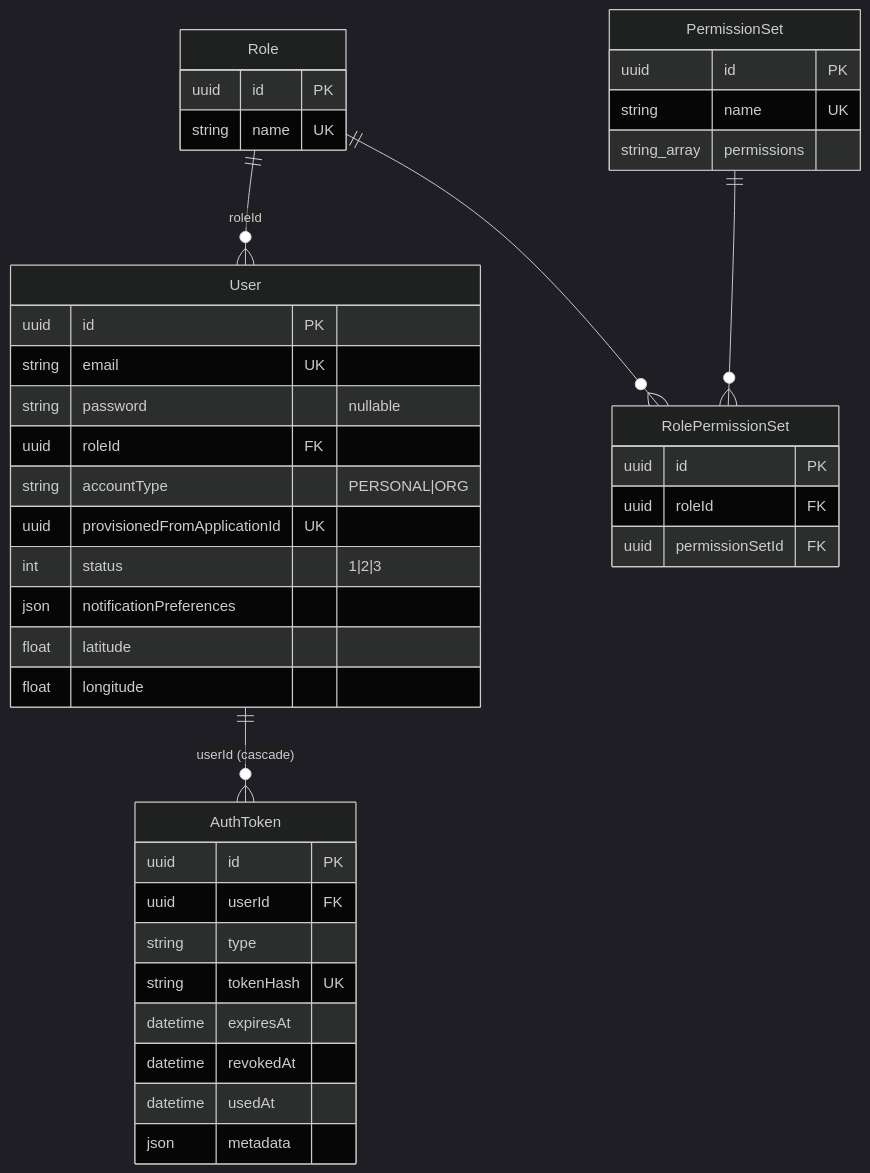
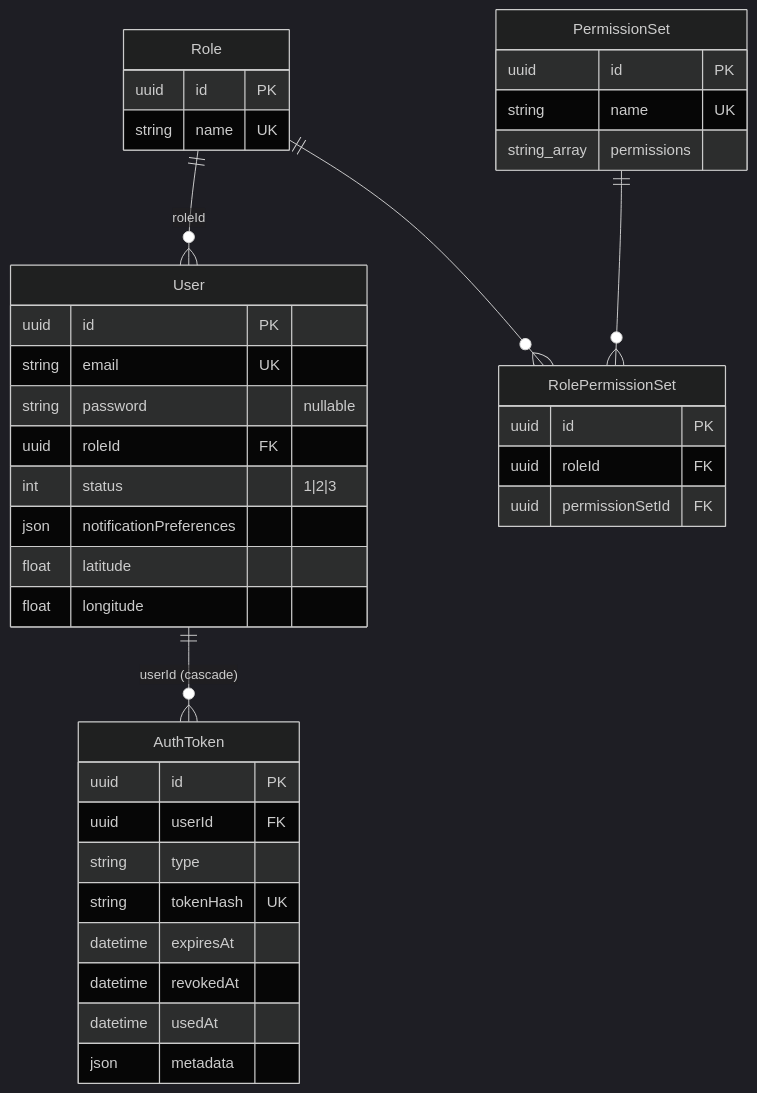
One commit to DOAN2-UQT-KN/ecolink-docs changed the first of 5 diagrams in 01-data-model.md. Above: the diagram before and after it, drawn with Mermaid (dark theme). The commit also changed other lines of this file and 4 other files, not shown here.

Commit message:
docs: update organization creation flow and business rules for owner confirmation and application process

````diff
--- a/01-data-model.md
+++ b/01-data-model.md
@@ -24,43 +24,41 @@
 ```mermaid
 erDiagram
   Role ||--o{ User : "roleId"
   Role ||--o{ RolePermissionSet : ""
   PermissionSet ||--o{ RolePermissionSet : ""
   User ||--o{ AuthToken : "userId (cascade)"
   User {
     uuid id PK
     string email UK
     string password "nullable"
     uuid roleId FK
-    string accountType "PERSONAL|ORG"
-    uuid provisionedFromApplicationId UK
     int status "1|2|3"
     json notificationPreferences
     float latitude
     float longitude
   }
   AuthToken {
     uuid id PK
     uuid userId FK
     string type
     string tokenHash UK
     datetime expiresAt
     datetime revokedAt
     datetime usedAt
     json metadata
   }
   Role {
     uuid id PK
     string name UK
   }
   PermissionSet {
     uuid id PK
     string name UK
     string_array permissions
   }
   RolePermissionSet {
     uuid id PK
     uuid roleId FK
     uuid permissionSetId FK
   }
 ```
````
